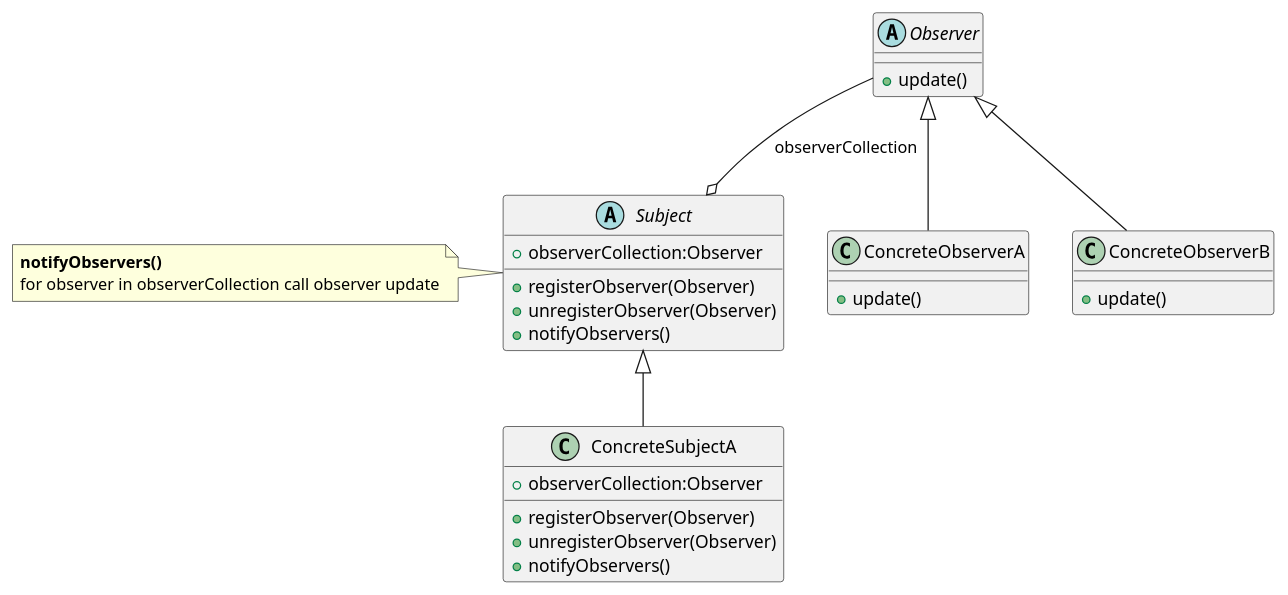
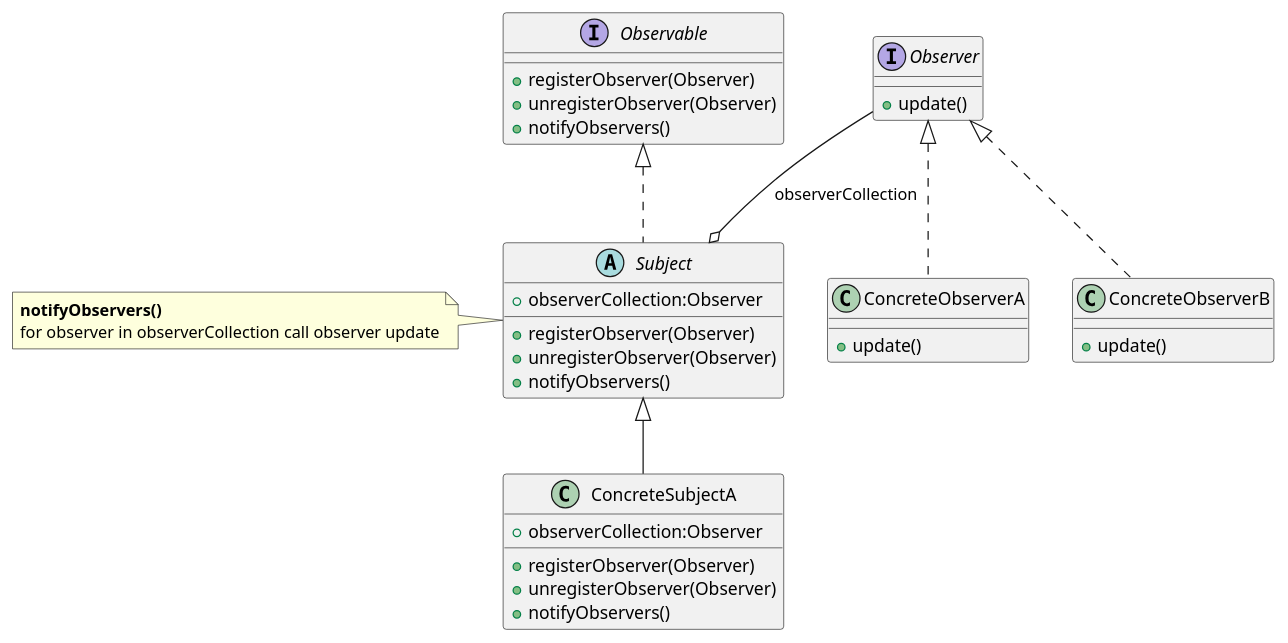
Before and after one commit to melodyfff/note: the diagram in blog/source/_posts/【Design Patterns】观察者模式.md, drawn with PlantUML. The commit also changed other lines of this file and 1 other file, not shown here.

````diff
--- a/blog/source/_posts/【Design Patterns】观察者模式.md
+++ b/blog/source/_posts/【Design Patterns】观察者模式.md
@@ -30,39 +30,45 @@
 ```plantuml
-@startuml observer
+@startuml
+interface Observable{
+    + registerObserver(Observer) 
+    + unregisterObserver(Observer)
+    + notifyObservers()
+}
+
 abstract class Subject{
     + observerCollection:Observer
     + registerObserver(Observer) 
     + unregisterObserver(Observer)
     + notifyObservers()
 }
 
 class ConcreteSubjectA{
     + observerCollection:Observer
     + registerObserver(Observer) 
     + unregisterObserver(Observer)
     + notifyObservers()
 }
 
-abstract class  Observer{
+interface  Observer{
      + update()
 }
 
 class ConcreteObserverA{
      + update()
 }
 
 class ConcreteObserverB{
      + update()
 }
-
+Observable <|.. Subject 
 Observer --o Subject:observerCollection
-Observer <|-- ConcreteObserverA
-Observer <|-- ConcreteObserverB
+Observer <|.. ConcreteObserverA
+Observer <|.. ConcreteObserverB
 Subject <|-- ConcreteSubjectA
 
 note left of Subject
   <b>notifyObservers()</b>
   for observer in observerCollection call observer update
 end note
 @enduml
 ```
````
